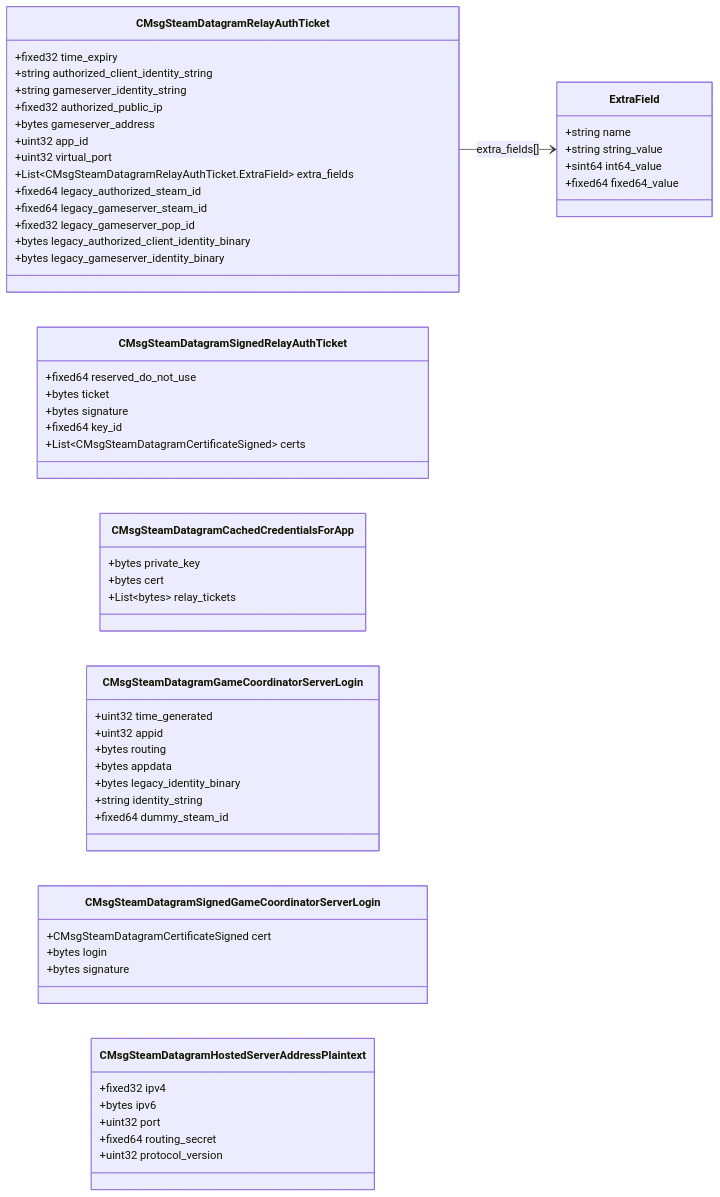
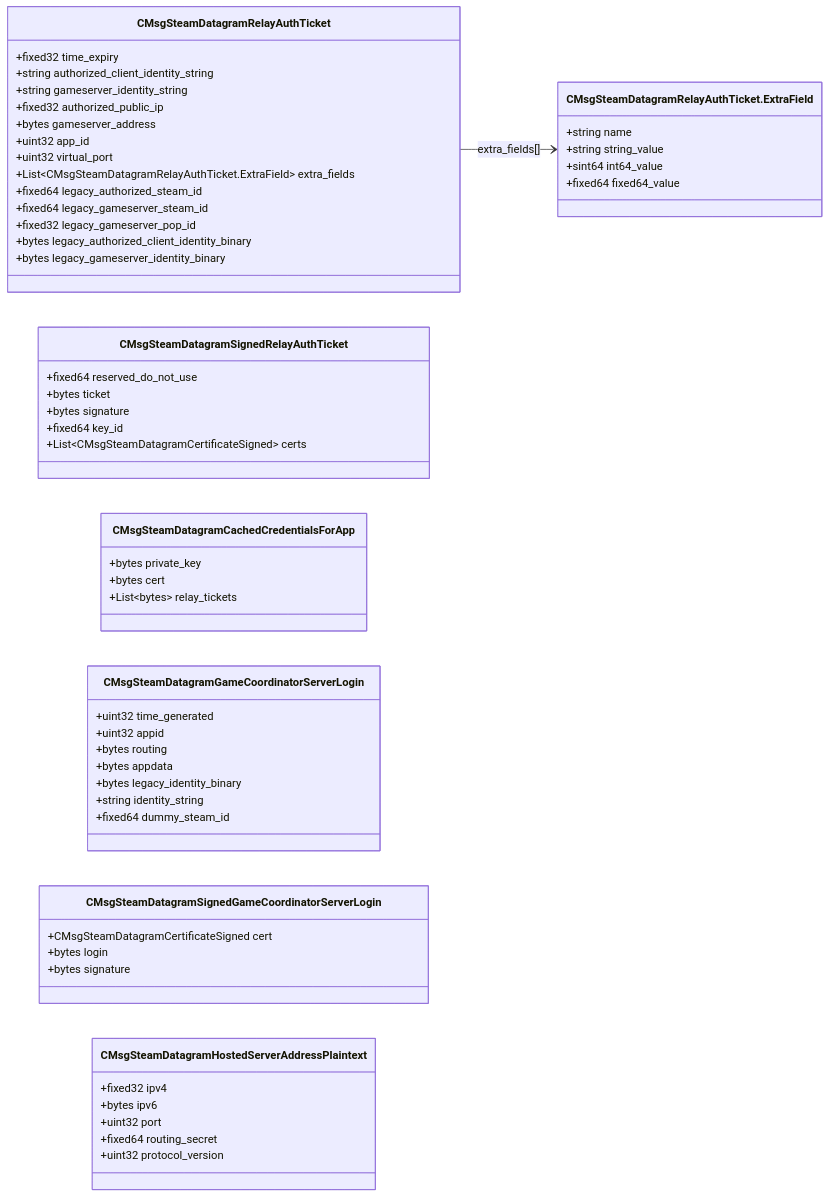
One commit to CS2OpenDev/CS2OpenDev-Docs changed the diagram in docs/generated/proto/steamdatagram_messages_auth.md. Above: the diagram before and after it, drawn with Mermaid. The commit also changed other lines of this file and 4525 other files, not shown here.

````diff
--- a/docs/generated/proto/steamdatagram_messages_auth.md
+++ b/docs/generated/proto/steamdatagram_messages_auth.md
@@ -14,68 +14,68 @@
 ```mermaid
 classDiagram
 direction LR
 
   class CMsgSteamDatagramRelayAuthTicket {
     +fixed32 time_expiry
     +string authorized_client_identity_string
     +string gameserver_identity_string
     +fixed32 authorized_public_ip
     +bytes gameserver_address
     +uint32 app_id
     +uint32 virtual_port
     +List~CMsgSteamDatagramRelayAuthTicket.ExtraField~ extra_fields
     +fixed64 legacy_authorized_steam_id
     +fixed64 legacy_gameserver_steam_id
     +fixed32 legacy_gameserver_pop_id
     +bytes legacy_authorized_client_identity_binary
     +bytes legacy_gameserver_identity_binary
   }
 
-  class ExtraField {
+  class CMsgSteamDatagramRelayAuthTicket_ExtraField["CMsgSteamDatagramRelayAuthTicket.ExtraField"] {
     +string name
     +string string_value
     +sint64 int64_value
     +fixed64 fixed64_value
   }
 
   class CMsgSteamDatagramSignedRelayAuthTicket {
     +fixed64 reserved_do_not_use
     +bytes ticket
     +bytes signature
     +fixed64 key_id
     +List~CMsgSteamDatagramCertificateSigned~ certs
   }
 
   class CMsgSteamDatagramCachedCredentialsForApp {
     +bytes private_key
     +bytes cert
     +List~bytes~ relay_tickets
   }
 
   class CMsgSteamDatagramGameCoordinatorServerLogin {
     +uint32 time_generated
     +uint32 appid
     +bytes routing
     +bytes appdata
     +bytes legacy_identity_binary
     +string identity_string
     +fixed64 dummy_steam_id
   }
 
   class CMsgSteamDatagramSignedGameCoordinatorServerLogin {
     +CMsgSteamDatagramCertificateSigned cert
     +bytes login
     +bytes signature
   }
 
   class CMsgSteamDatagramHostedServerAddressPlaintext {
     +fixed32 ipv4
     +bytes ipv6
     +uint32 port
     +fixed64 routing_secret
     +uint32 protocol_version
   }
 
-  CMsgSteamDatagramRelayAuthTicket --> ExtraField : extra_fields[]
+  CMsgSteamDatagramRelayAuthTicket --> CMsgSteamDatagramRelayAuthTicket_ExtraField : extra_fields[]
 
 ```
````
